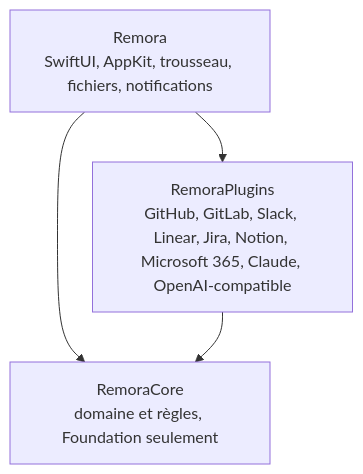
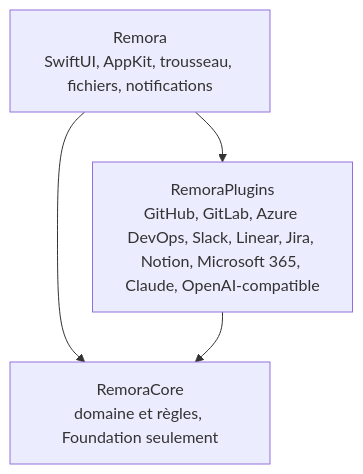
One commit to iGitScor/triage changed the diagram in docs/fr/developper/index.md. Above: the diagram before and after it, drawn with Mermaid. The commit also changed 47 other files, not shown here.

First line of the commit message:
feat: Azure DevOps pull requests and work items (IDEA-04)

````diff
--- a/docs/fr/developper/index.md
+++ b/docs/fr/developper/index.md
@@ -12,6 +12,6 @@
 ```mermaid
 flowchart TB
-  App["Remora<br/>SwiftUI, AppKit, trousseau, fichiers, notifications"] --> Plugins["RemoraPlugins<br/>GitHub, GitLab, Slack, Linear, Jira, Notion, Microsoft 365, Claude, OpenAI-compatible"]
+  App["Remora<br/>SwiftUI, AppKit, trousseau, fichiers, notifications"] --> Plugins["RemoraPlugins<br/>GitHub, GitLab, Azure DevOps, Slack, Linear, Jira, Notion, Microsoft 365, Claude, OpenAI-compatible"]
   App --> Core["RemoraCore<br/>domaine et règles, Foundation seulement"]
   Plugins --> Core
 ```
````
